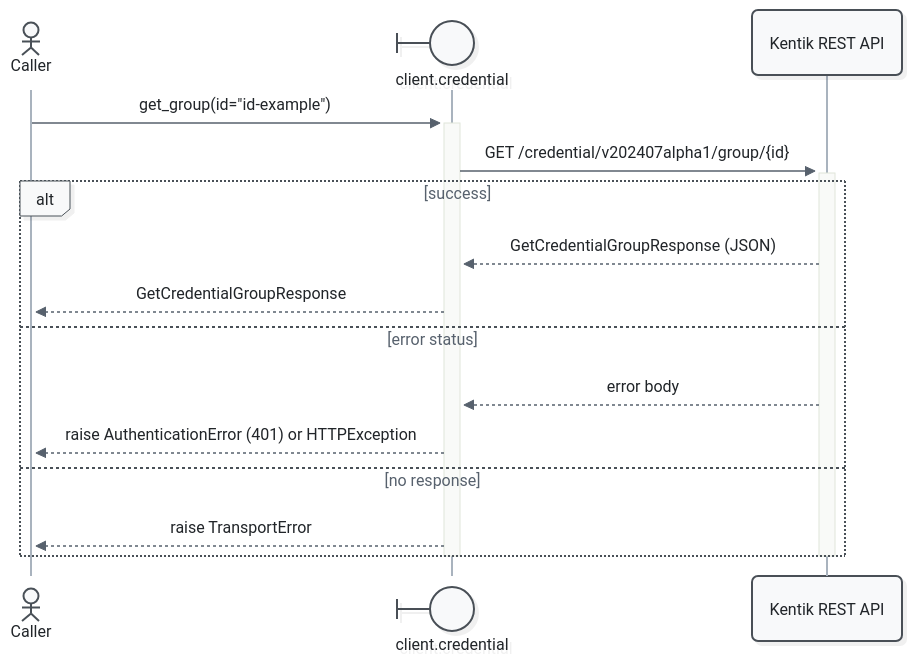
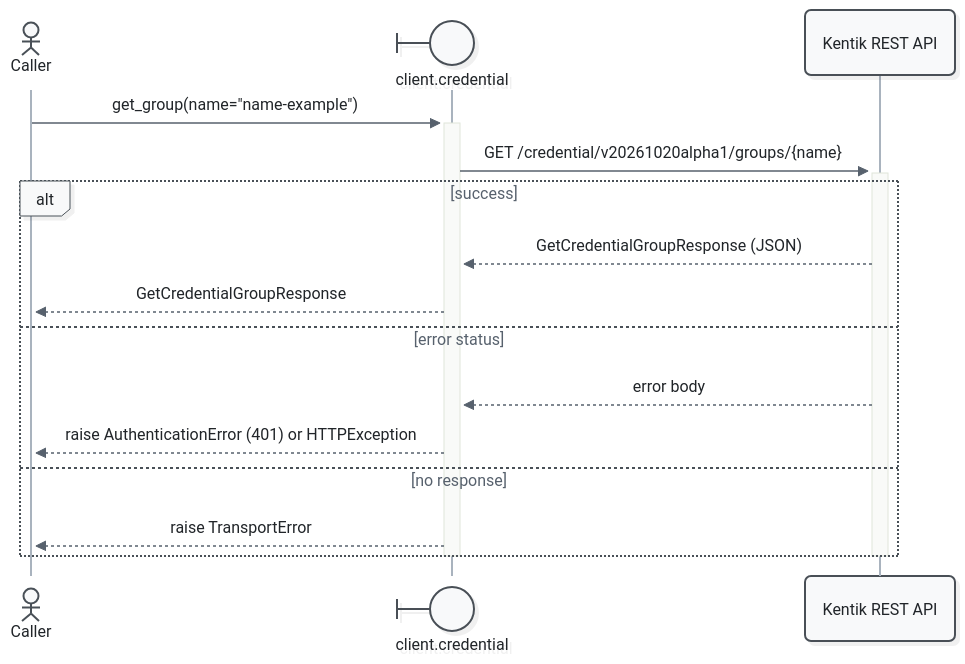
One commit to alexdearaujo/community_sdk_python changed diagram 13 of 21 in docs/sphinx/services/credential.md. Above: the diagram before and after it, drawn with Mermaid. The commit also changed other lines of this file and 160 other files, not shown here.

First line of the commit message:
chore: sync schema to 5d1d2fa

````diff
--- a/docs/sphinx/services/credential.md
+++ b/docs/sphinx/services/credential.md
@@ -108,21 +523,21 @@
 ```mermaid
 %%{init: {"theme": "redux", "look": "neo", "layout": "elk", "fontFamily": "ui-monospace, SFMono-Regular, Menlo, monospace", "themeVariables": {"fontFamily": "ui-monospace, SFMono-Regular, Menlo, monospace", "primaryColor": "#f8f9fa", "primaryBorderColor": "#495057", "primaryTextColor": "#212529", "textColor": "#212529", "lineColor": "#77818c", "edgeLabelBackground": "#ffffff", "actorBkg": "#f8f9fa", "actorBorder": "#495057", "actorTextColor": "#212529", "actorLineColor": "#a9b3be", "signalColor": "#57616d", "signalTextColor": "#212529", "labelBoxBkgColor": "#f8f9fa", "labelBoxBorderColor": "#495057", "labelTextColor": "#212529", "loopTextColor": "#57616d", "noteBkgColor": "#fff9db", "noteBorderColor": "#f08c00", "noteTextColor": "#a35a00"}, "sequence": {"activationWidth": 16}, "flowchart": {"curve": "basis", "nodeSpacing": 30, "rankSpacing": 70, "wrappingWidth": 400}}}%%
 sequenceDiagram
     actor C as Caller
     participant W@{ "type": "boundary" } as client.credential
     participant API as Kentik REST API
 
-    C->>+W: get_group(id="id-example")
-    W->>+API: GET /credential/v202407alpha1/group/{id}
+    C->>+W: get_group(name="name-example")
+    W->>+API: GET /credential/v20261020alpha1/groups/{name}
     alt success
         API-->>W: GetCredentialGroupResponse (JSON)
         W-->>C: GetCredentialGroupResponse
     else error status
         API-->>W: error body
         W-->>C: raise AuthenticationError (401) or HTTPException
     else no response
         W-->>C: raise TransportError
     end
     deactivate API
     deactivate W
 ```
````
